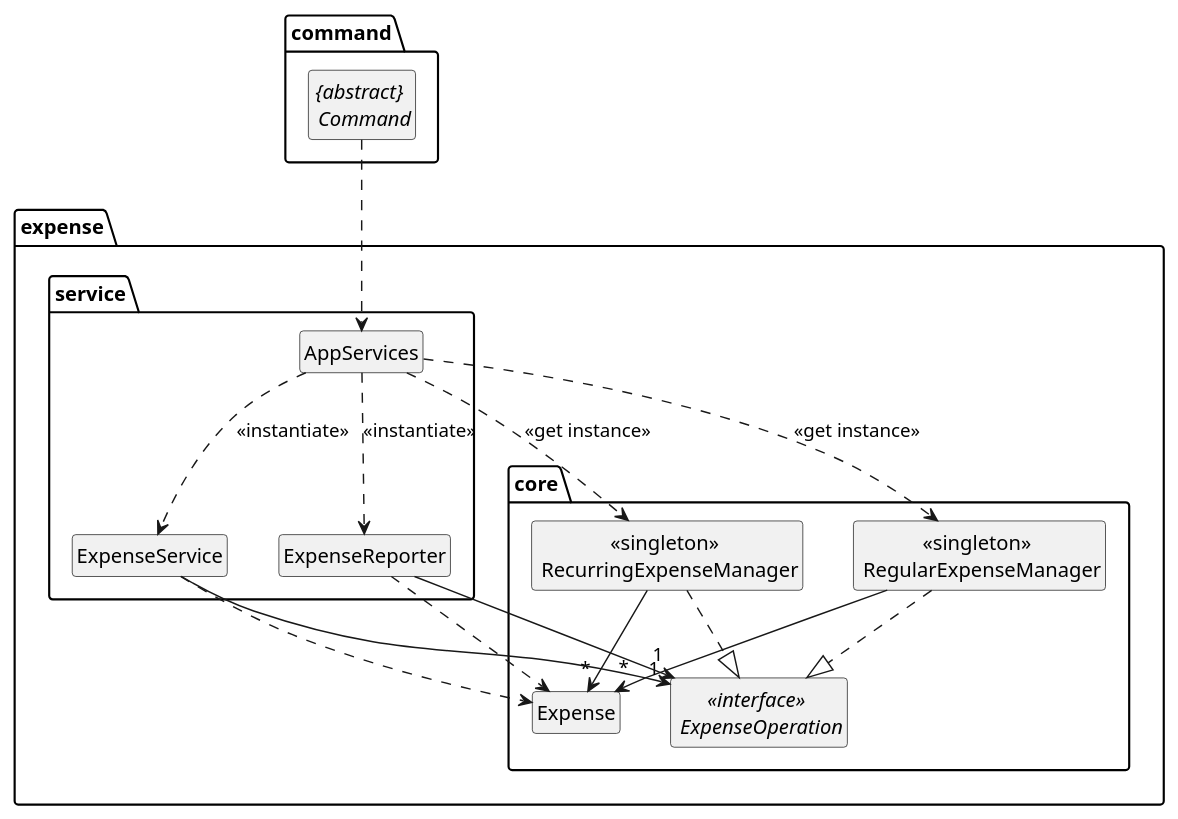
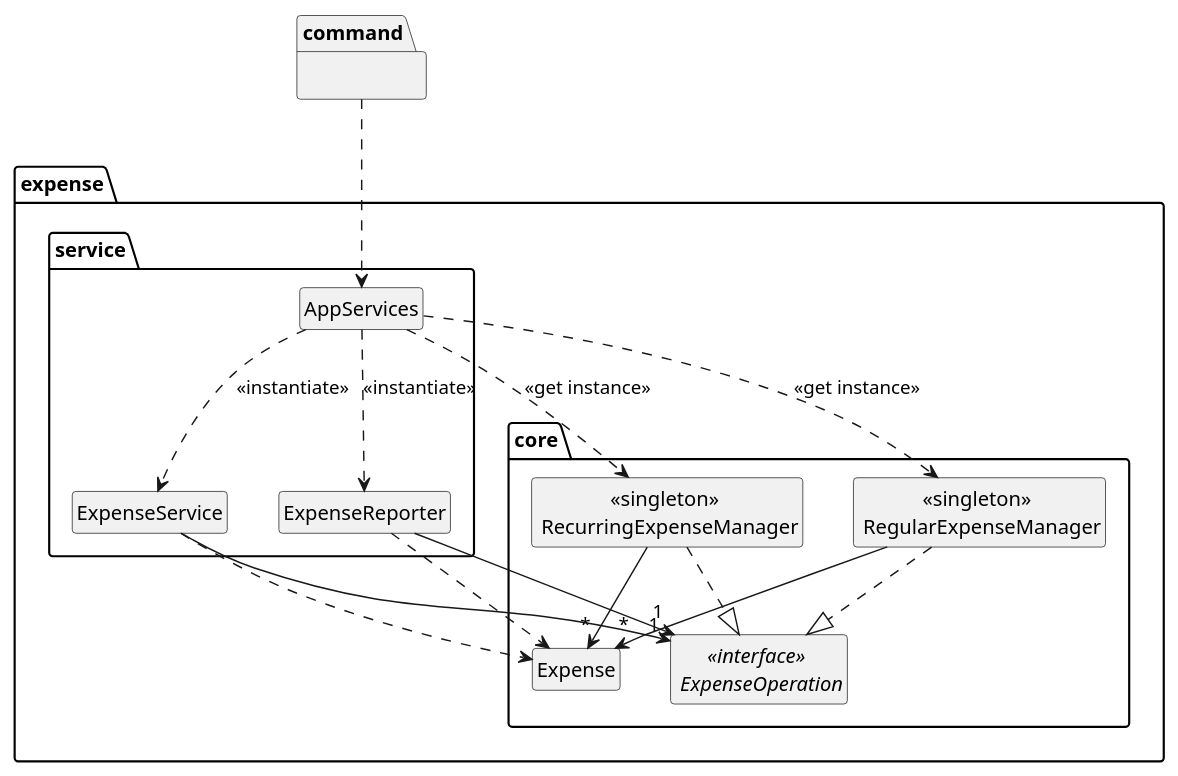
One commit to randust/tp changed the diagram in docs/diagrams/class/Expense.puml. Above: the diagram before and after it, drawn with PlantUML. The commit also changed 4 other files, not shown here.

Commit message:
Add budget into DG architecture diagram

```diff
--- a/docs/diagrams/class/Expense.puml
+++ b/docs/diagrams/class/Expense.puml
@@ -1,58 +1,57 @@
 @startuml
 
 ' --- Style Settings (similar to the example image) ---
 
 
 ' Hide members (attributes/methods) for a higher-level view
 hide members
 hide circle
 skinparam classAttributeIconSize 0
 
 
 
 
 ' --- Diagram Definition ---
 
 package "expense.core" {
   class Expense
   interface "<<interface>> \n ExpenseOperation"
   class "<<singleton>> \n RecurringExpenseManager"
   class "<<singleton>> \n RegularExpenseManager"
 }
 
 package "expense.service" {
   class ExpenseService
   class ExpenseReporter
   class AppServices
 }
 package "command"{
-abstract "{abstract} \n Command"
 }
 ' --- Relationships ---
-"{abstract} \n Command" ..> AppServices
+"command" ..> AppServices
 ' Core Implementation
 "<<singleton>> \n RecurringExpenseManager" ..|> "<<interface>> \n ExpenseOperation"
 "<<singleton>> \n RegularExpenseManager" ..|> "<<interface>> \n ExpenseOperation"
 
 "<<singleton>> \n RegularExpenseManager" --> "*"Expense
 "<<singleton>> \n RecurringExpenseManager" -->"*" Expense
 
 ' Service Dependencies/Usage
 ExpenseService --> "1""<<interface>> \n ExpenseOperation"
 ExpenseReporter --> "1""<<interface>> \n ExpenseOperation"
 
 ExpenseService ..> Expense
 ExpenseReporter ..> Expense
 
 ' AppServices Instantiation/Usage
 ' Note: AppServices uses singletons, so it doesn't directly "create" new managers,
 ' but rather gets the existing instance. "<<use>>" or "<<get>>" might be appropriate.
 AppServices ..> "<<singleton>> \n RegularExpenseManager" : "<<get instance>>"
 AppServices ..> "<<singleton>> \n RecurringExpenseManager" : "<<get instance>>"
 
 ' AppServices creates/initializes service and reporter instances
 AppServices ..> ExpenseService : "<<instantiate>>"
 AppServices ..> ExpenseReporter : "<<instantiate>>"
 
 
 @enduml
```
